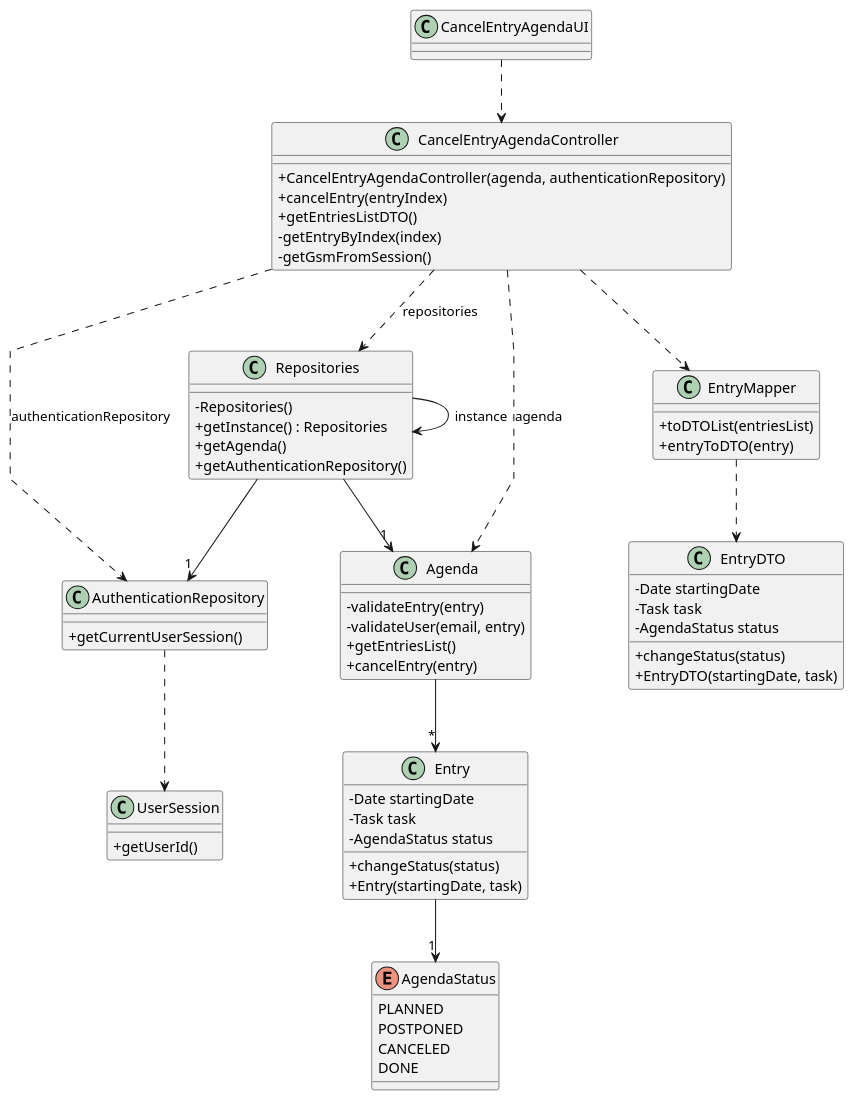
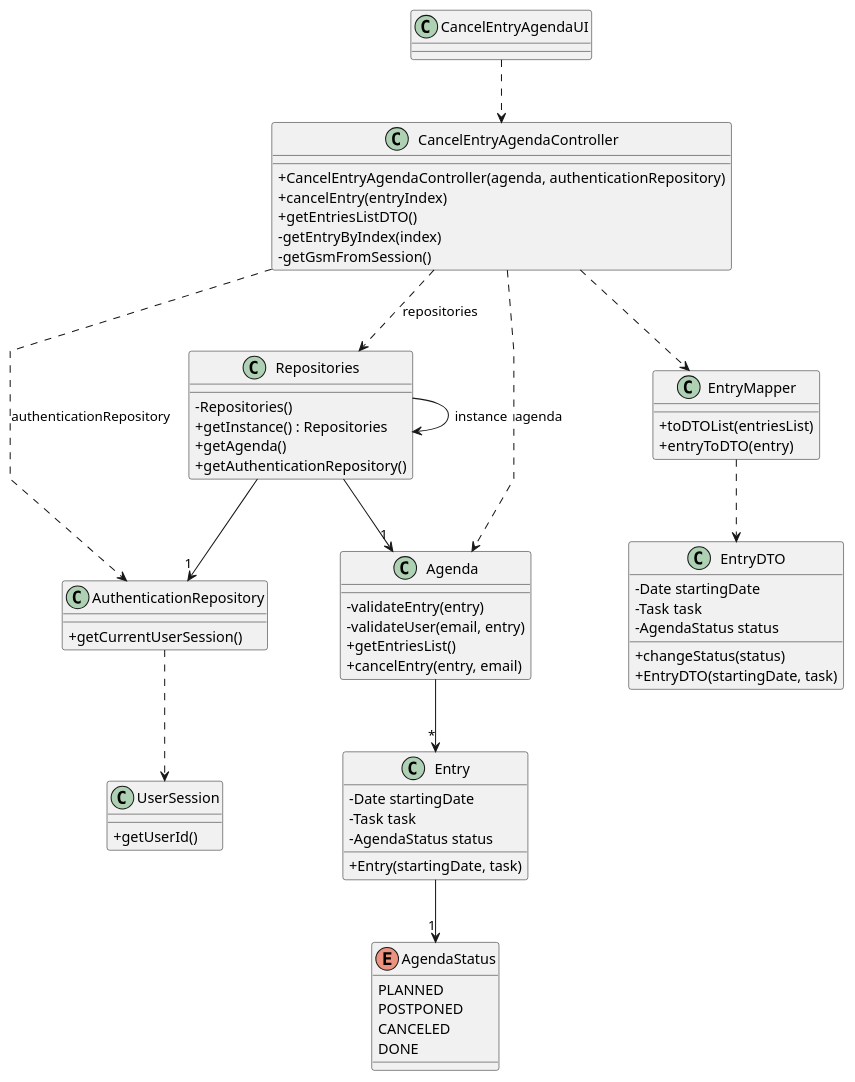
The diagram in docs/sprintA&B&C/us025/03.design/puml/us025-class-diagram.puml (daniel41silva05/ISEP_2023_2024_LAPR2), drawn with PlantUML before and after one commit. The commit also changed 4 other files, not shown here.

```diff
--- a/docs/sprintA&B&C/us025/03.design/puml/us025-class-diagram.puml
+++ b/docs/sprintA&B&C/us025/03.design/puml/us025-class-diagram.puml
@@ -1,84 +1,83 @@
 @startuml
 skinparam packageStyle rectangle
 skinparam shadowing false
 skinparam linetype polyline
 
 
 skinparam classAttributeIconSize 0
 
 class CancelEntryAgendaUI{}
 
 class CancelEntryAgendaController{
     +CancelEntryAgendaController(agenda, authenticationRepository)
     +cancelEntry(entryIndex)
     +getEntriesListDTO()
     -getEntryByIndex(index)
     -getGsmFromSession()
 
 }
 
 class Repositories{
     -Repositories()
     +getInstance() : Repositories
     +getAgenda()
     +getAuthenticationRepository()
 }
 
 class AuthenticationRepository {
     +getCurrentUserSession()
 }
 
 class UserSession {
     +getUserId()
 }
 
 class EntryMapper {
     +toDTOList(entriesList)
     +entryToDTO(entry)
 }
 
 class EntryDTO {
     -Date startingDate
     -Task task
     -AgendaStatus status
     +changeStatus(status)
     +EntryDTO(startingDate, task)
 }
 
 class Agenda{
     -validateEntry(entry)
     -validateUser(email, entry)
     +getEntriesList()
-    +cancelEntry(entry)
+    +cancelEntry(entry, email)
 }
 
 class Entry{
     -Date startingDate
     -Task task
     -AgendaStatus status
-    +changeStatus(status)
     +Entry(startingDate, task)
 }
 
 enum AgendaStatus {
     PLANNED
     POSTPONED
     CANCELED
     DONE
 }
 
 CancelEntryAgendaUI ..> CancelEntryAgendaController
 CancelEntryAgendaController ..> Repositories : repositories
 CancelEntryAgendaController ..> AuthenticationRepository : authenticationRepository
 CancelEntryAgendaController ..> Agenda: agenda
 Repositories --> Repositories: instance
 Repositories --> "1" Agenda
 Repositories --> "1" AuthenticationRepository
 AuthenticationRepository ..> UserSession
 CancelEntryAgendaController ..> EntryMapper
 EntryMapper ..> EntryDTO
 Agenda --> "*" Entry
 Entry --> "1" AgendaStatus
 
 
 @enduml
```
